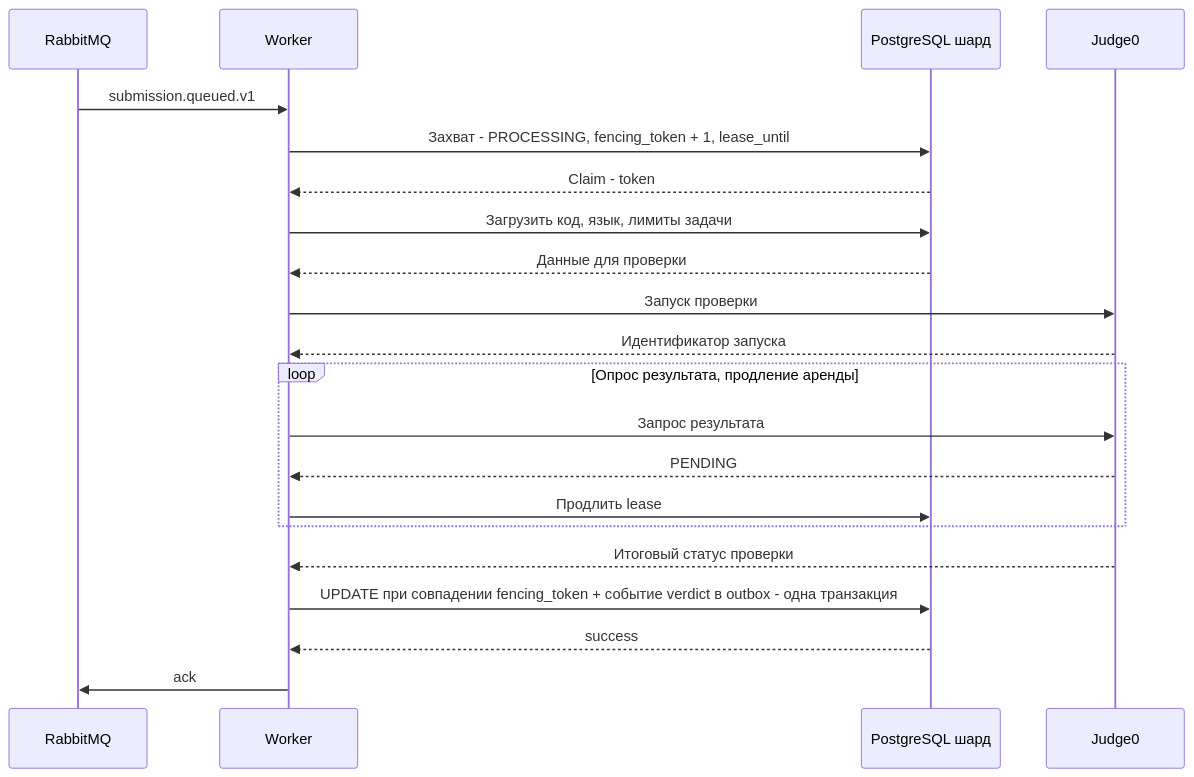
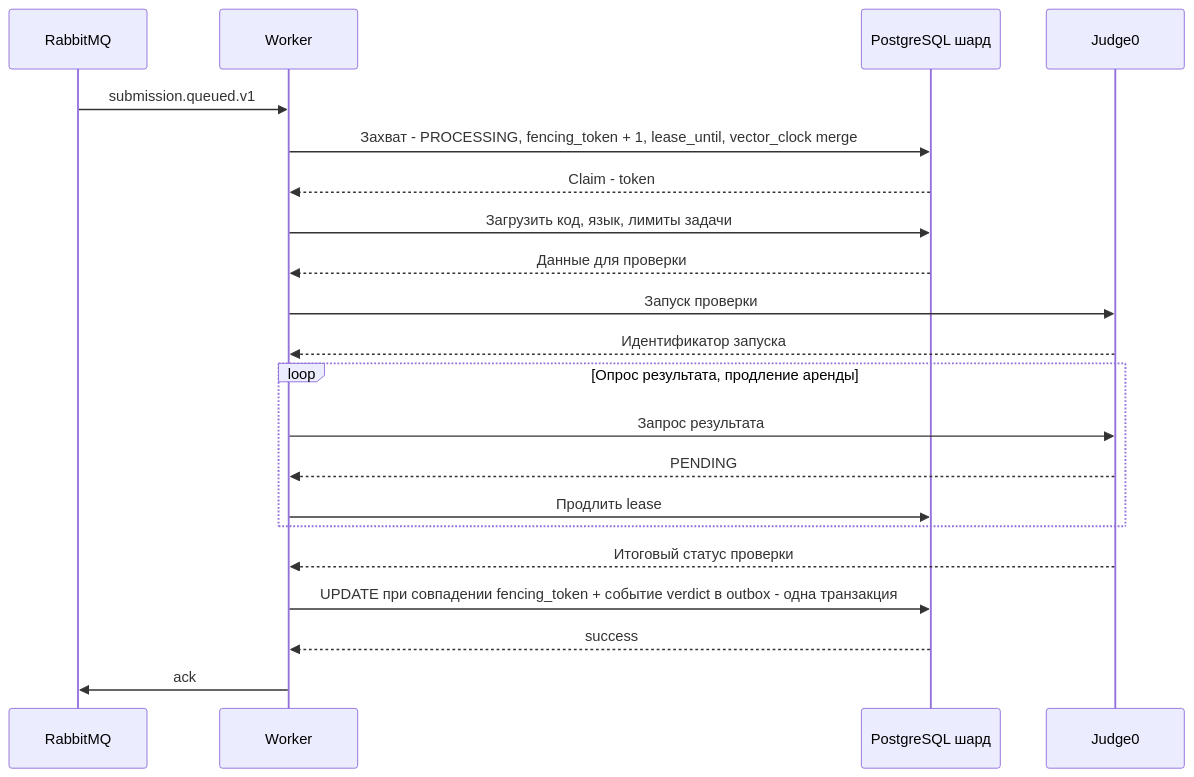
Before and after one commit to spbu-ds-practicum-2026/hotfix: the sixth of 12 diagrams in docs/tr.md, drawn with Mermaid. The commit also changed other lines of this file, not shown here.

Commit message:
add vector clocks

````diff
--- a/docs/tr.md
+++ b/docs/tr.md
@@ -498,24 +516,24 @@
 ```mermaid
 sequenceDiagram
   participant MQ as RabbitMQ
   participant Worker
   participant DB as PostgreSQL шард
   participant Judge0
 
   MQ->>Worker: submission.queued.v1
-  Worker->>DB: Захват - PROCESSING, fencing_token + 1, lease_until
+  Worker->>DB: Захват - PROCESSING, fencing_token + 1, lease_until, vector_clock merge
   DB-->>Worker: Claim - token
   Worker->>DB: Загрузить код, язык, лимиты задачи
   DB-->>Worker: Данные для проверки
   Worker->>Judge0: Запуск проверки
   Judge0-->>Worker: Идентификатор запуска
   loop Опрос результата, продление аренды
     Worker->>Judge0: Запрос результата
     Judge0-->>Worker: PENDING
     Worker->>DB: Продлить lease
   end
   Judge0-->>Worker: Итоговый статус проверки
   Worker->>DB: UPDATE при совпадении fencing_token + событие verdict в outbox - одна транзакция
   DB-->>Worker: success
   Worker->>MQ: ack
 ```
````
